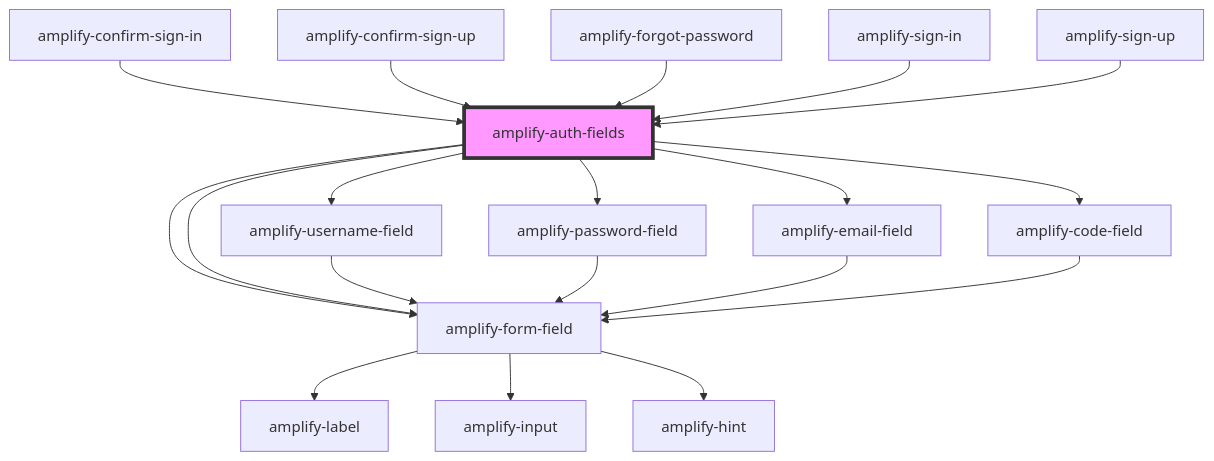
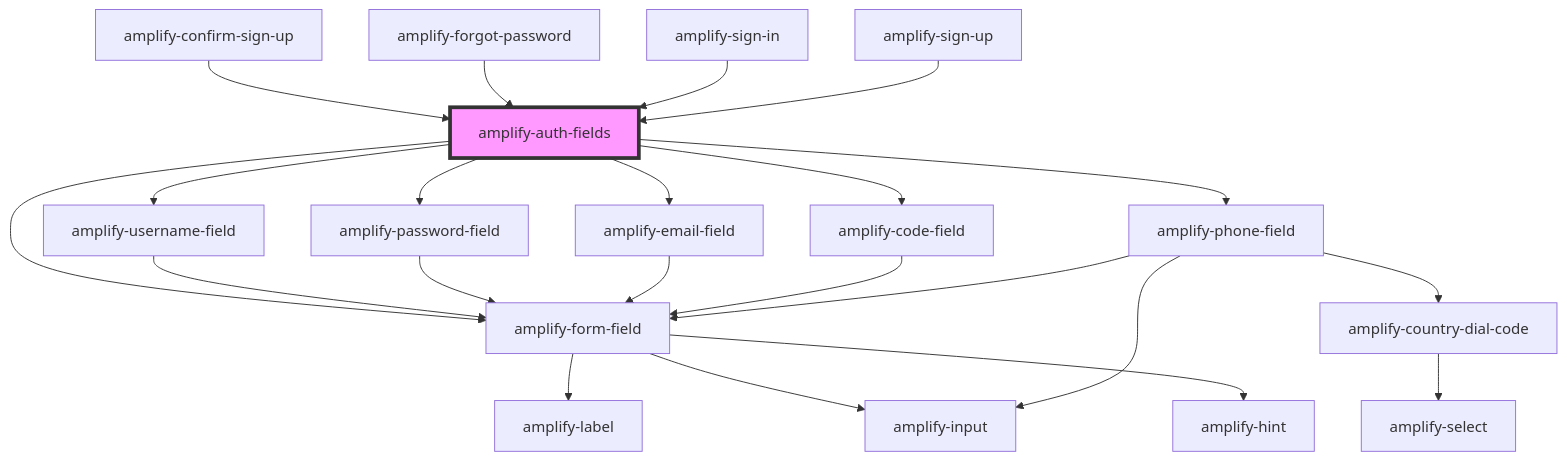
The diagram in packages/amplify-ui-components/src/components/amplify-auth-fields/readme.md (aws-amplify/amplify-js), drawn with Mermaid before and after one commit. The commit also changed other lines of this file and 20 other files, not shown here.

Commit message:
Initial phone field commit

````diff
--- a/packages/amplify-ui-components/src/components/amplify-auth-fields/readme.md
+++ b/packages/amplify-ui-components/src/components/amplify-auth-fields/readme.md
@@ -35,22 +35,25 @@
 ```mermaid
 graph TD;
   amplify-auth-fields --> amplify-username-field
   amplify-auth-fields --> amplify-password-field
   amplify-auth-fields --> amplify-email-field
   amplify-auth-fields --> amplify-code-field
-  amplify-auth-fields --> amplify-form-field
+  amplify-auth-fields --> amplify-phone-field
   amplify-auth-fields --> amplify-form-field
   amplify-username-field --> amplify-form-field
   amplify-form-field --> amplify-label
   amplify-form-field --> amplify-input
   amplify-form-field --> amplify-hint
   amplify-password-field --> amplify-form-field
   amplify-email-field --> amplify-form-field
   amplify-code-field --> amplify-form-field
-  amplify-confirm-sign-in --> amplify-auth-fields
+  amplify-phone-field --> amplify-form-field
+  amplify-phone-field --> amplify-country-dial-code
+  amplify-phone-field --> amplify-input
+  amplify-country-dial-code --> amplify-select
   amplify-confirm-sign-up --> amplify-auth-fields
   amplify-forgot-password --> amplify-auth-fields
   amplify-sign-in --> amplify-auth-fields
   amplify-sign-up --> amplify-auth-fields
   style amplify-auth-fields fill:#f9f,stroke:#333,stroke-width:4px
 ```
````
